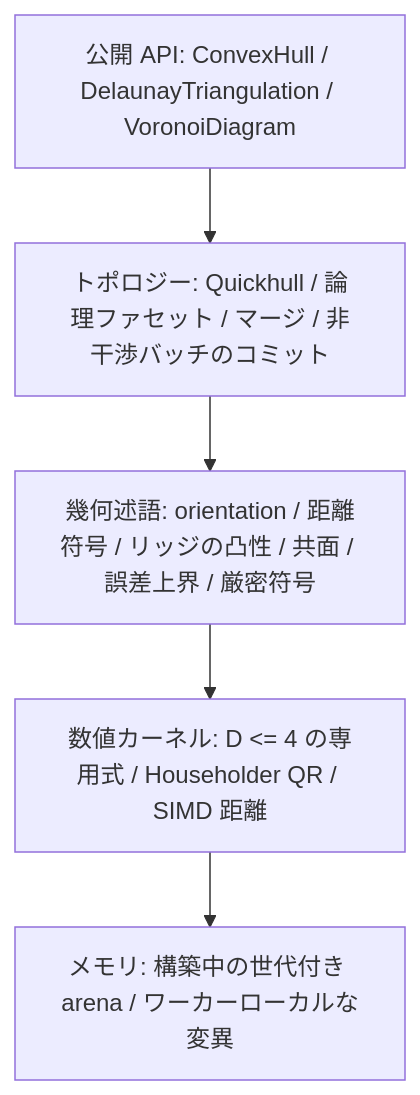
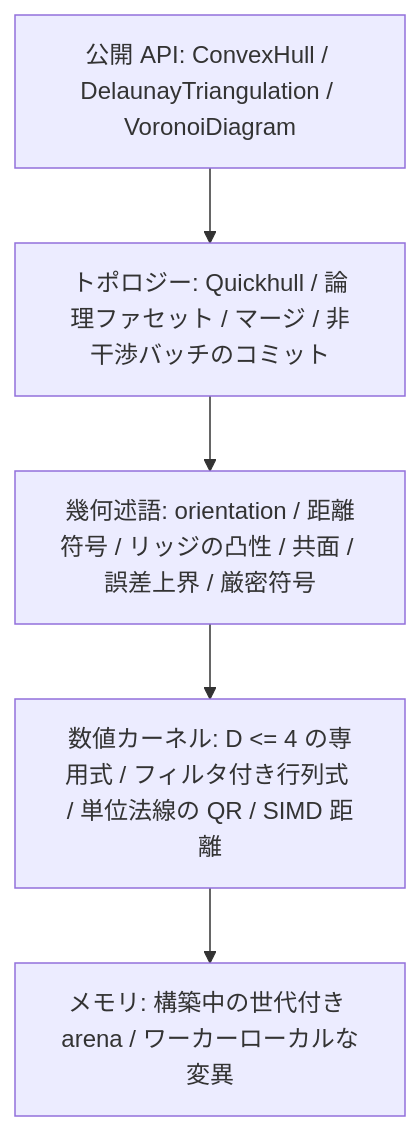
The first of 2 diagrams in .dev/convx-design.md (YUKIKEDA/convx), drawn with Mermaid before and after one commit. The commit also changed other lines of this file and 2 other files, not shown here.

````diff
--- a/.dev/convx-design.md
+++ b/.dev/convx-design.md
@@ -32,9 +33,9 @@
 ```mermaid
 flowchart TD
     api["公開 API: ConvexHull / DelaunayTriangulation / VoronoiDiagram"]
     topo["トポロジー: Quickhull / 論理ファセット / マージ / 非干渉バッチのコミット"]
     pred["幾何述語: orientation / 距離符号 / リッジの凸性 / 共面 / 誤差上界 / 厳密符号"]
-    num["数値カーネル: D <= 4 の専用式 / Householder QR / SIMD 距離"]
+    num["数値カーネル: D <= 4 の専用式 / フィルタ付き行列式 / 単位法線の QR / SIMD 距離"]
     mem["メモリ: 構築中の世代付き arena / ワーカーローカルな変異"]
     api --> topo --> pred --> num --> mem
 ```
````
